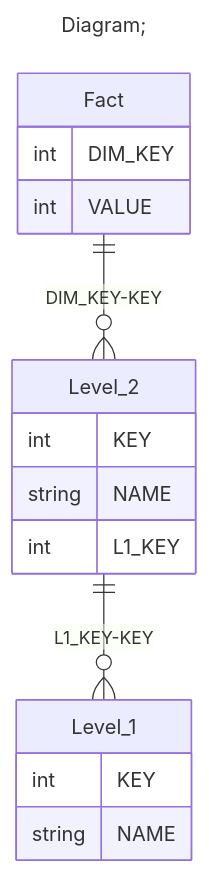
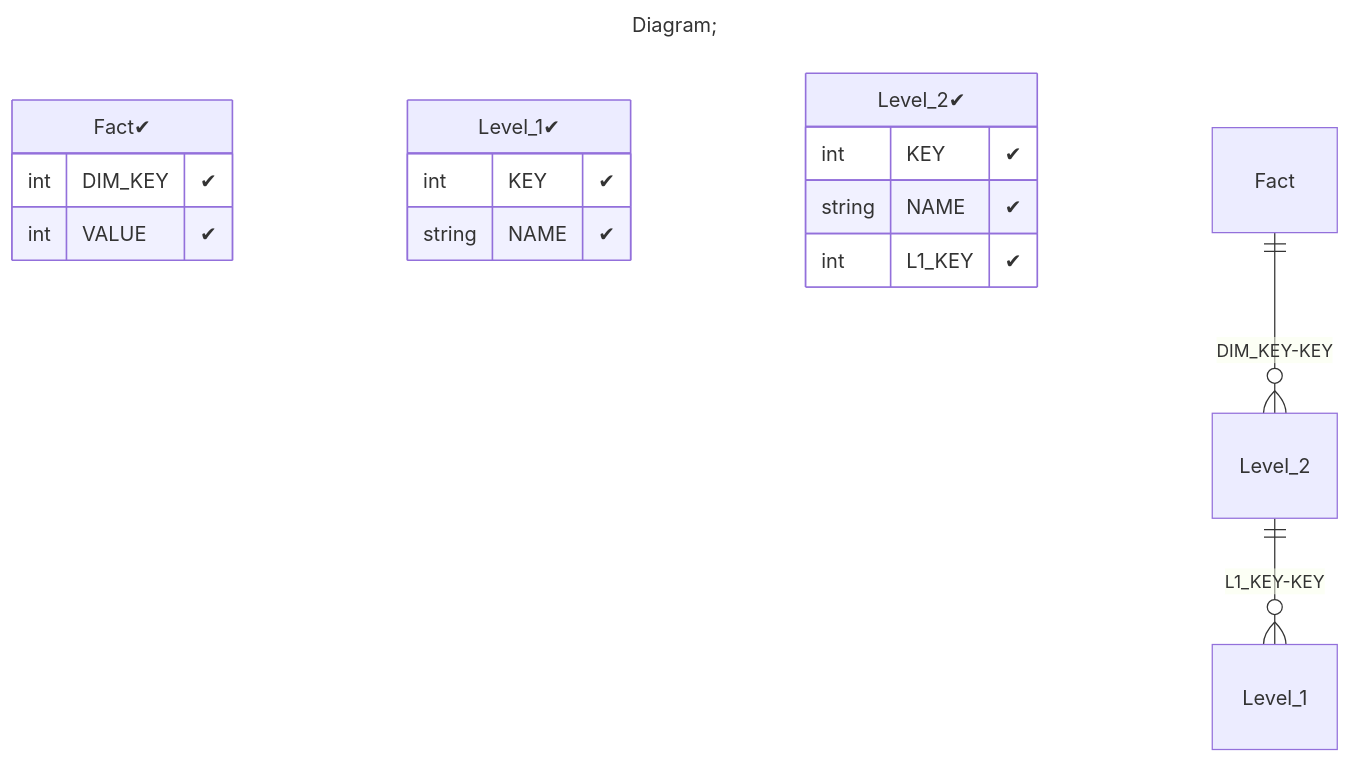
One commit to xmla-services/workground changed the third of 3 diagrams in demo/server/catalogs/tutorial_15_Cube_with_share_dimension_with hierarchy_with_table reference_with_inner_join/README.MD. Above: the diagram before and after it, drawn with Mermaid. The commit also changed 44 other files, not shown here.

Commit message:
tutorials. add flags (positive, negative) in database diagram Signed-off-by: dbulahov <bulahovdenis@gmail.com>

````diff
--- a/demo/server/catalogs/tutorial_15_Cube_with_share_dimension_with hierarchy_with_table reference_with_inner_join/README.MD
+++ b/demo/server/catalogs/tutorial_15_Cube_with_share_dimension_with hierarchy_with_table reference_with_inner_join/README.MD
@@ -113,22 +113,22 @@
 ```mermaid
 ---
 title: Diagram;
 ---
 erDiagram
-Fact{
-int DIM_KEY
-int VALUE
+"Fact✔"{
+int DIM_KEY "✔"
+int VALUE "✔"
 }
-Level_1{
-int KEY
-string NAME
+"Level_1✔"{
+int KEY "✔"
+string NAME "✔"
 }
-Level_2{
-int KEY
-string NAME
-int L1_KEY
+"Level_2✔"{
+int KEY "✔"
+string NAME "✔"
+int L1_KEY "✔"
 }
 
 "Fact" ||--o{ "Level_2" : "DIM_KEY-KEY"
 "Level_2" ||--o{ "Level_1" : "L1_KEY-KEY"
 ```
````
